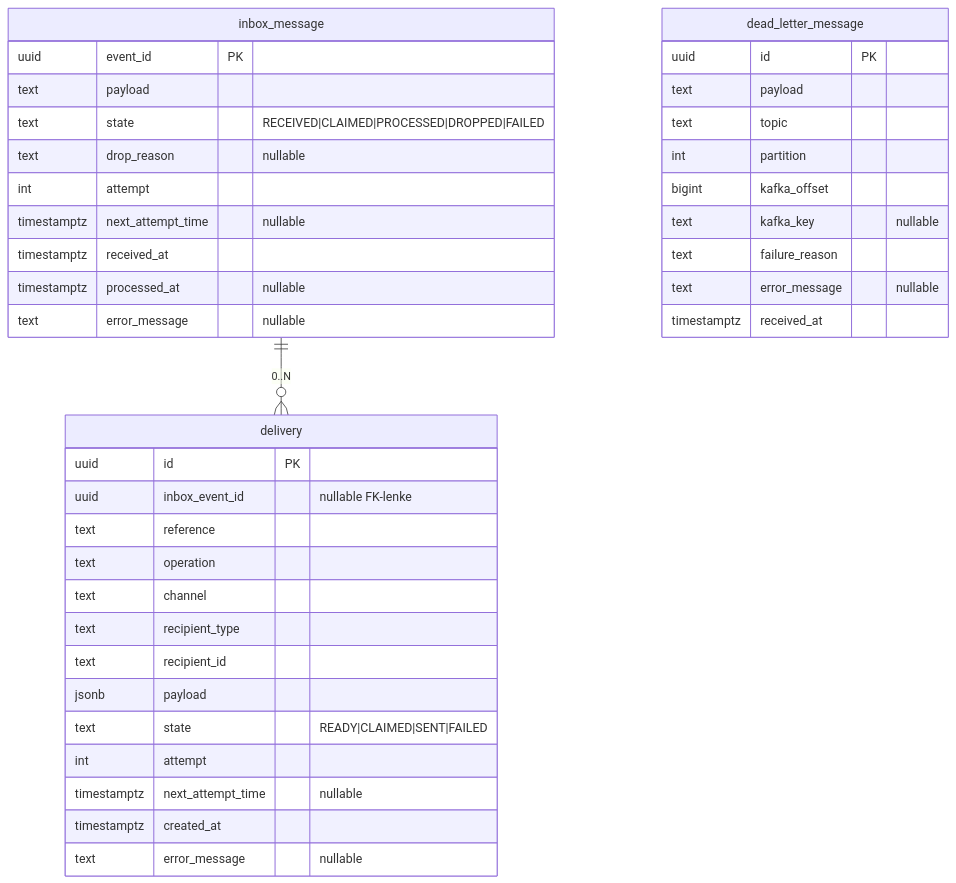
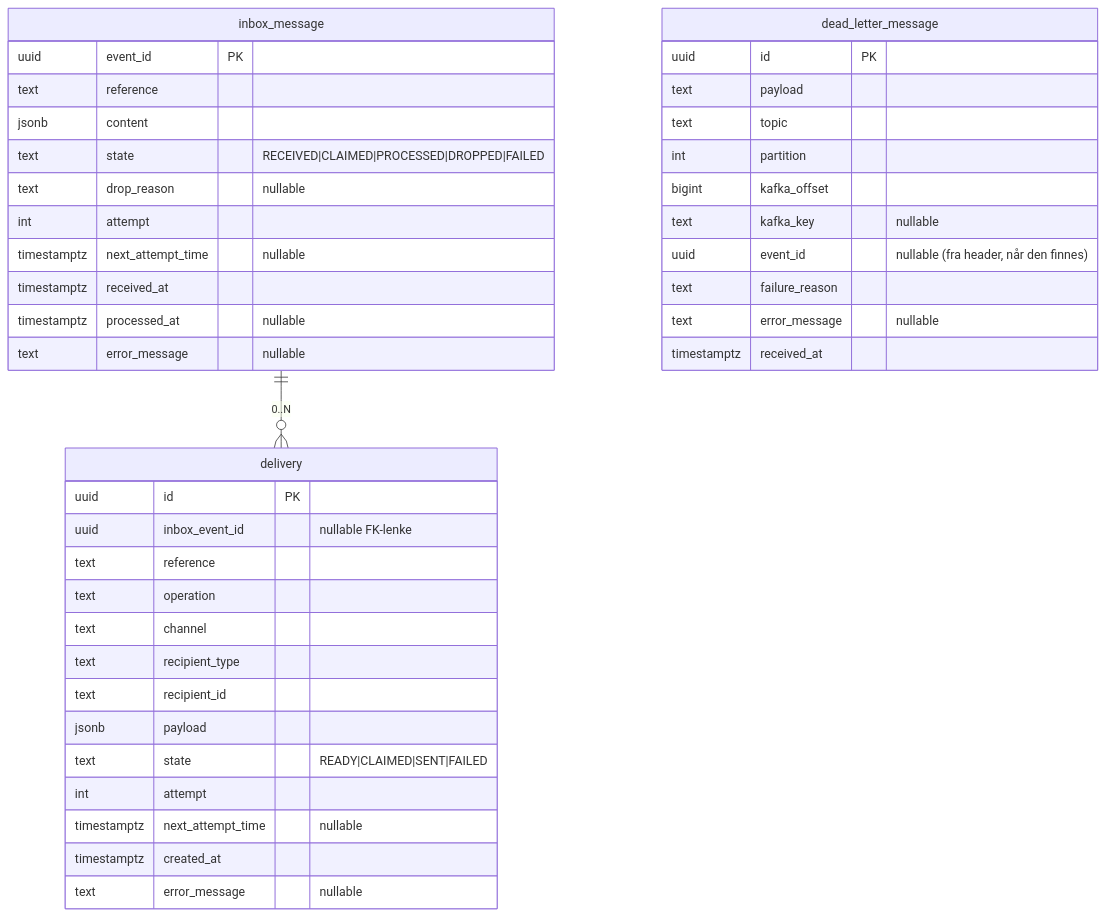
One commit to navikt/syfo-budstikka changed the diagram in docs/datamodell.md. Above: the diagram before and after it, drawn with Mermaid. The commit also changed other lines of this file and 6 other files, not shown here.

````diff
--- a/docs/datamodell.md
+++ b/docs/datamodell.md
@@ -8,44 +8,46 @@
 ```mermaid
 erDiagram
     inbox_message ||--o{ delivery : "0..N"
 
     inbox_message {
         uuid        event_id PK
-        text        payload
+        text        reference
+        jsonb       content
         text        state "RECEIVED|CLAIMED|PROCESSED|DROPPED|FAILED"
         text        drop_reason "nullable"
         int         attempt
         timestamptz next_attempt_time "nullable"
         timestamptz received_at
         timestamptz processed_at "nullable"
         text        error_message "nullable"
     }
 
     delivery {
         uuid        id PK
         uuid        inbox_event_id "nullable FK-lenke"
         text        reference
         text        operation
         text        channel
         text        recipient_type
         text        recipient_id
         jsonb       payload
         text        state "READY|CLAIMED|SENT|FAILED"
         int         attempt
         timestamptz next_attempt_time "nullable"
         timestamptz created_at
         text        error_message "nullable"
     }
 
     dead_letter_message {
         uuid        id PK
         text        payload
         text        topic
         int         partition
         bigint      kafka_offset
         text        kafka_key "nullable"
+        uuid        event_id "nullable (fra header, når den finnes)"
         text        failure_reason
         text        error_message "nullable"
         timestamptz received_at
     }
 ```
````
